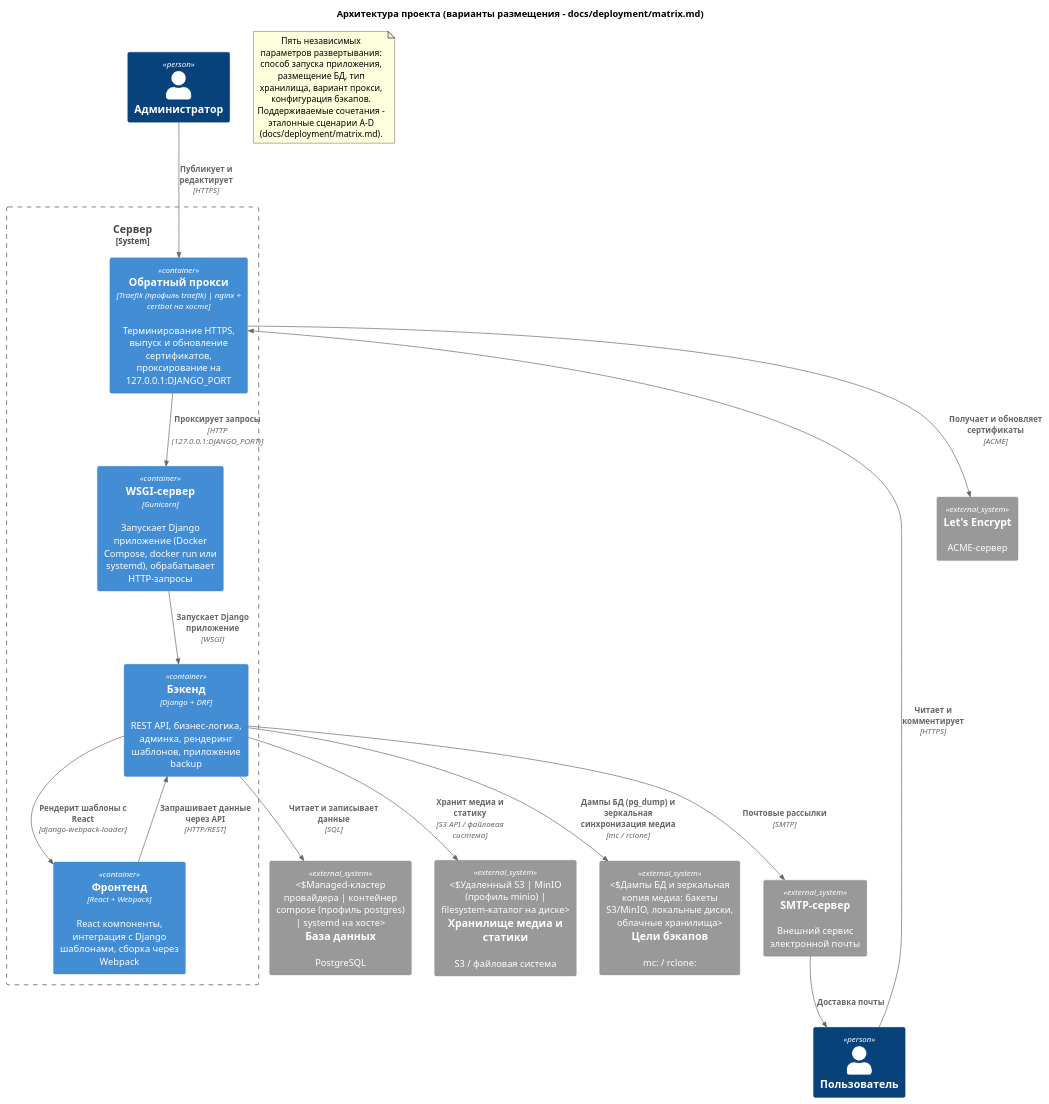
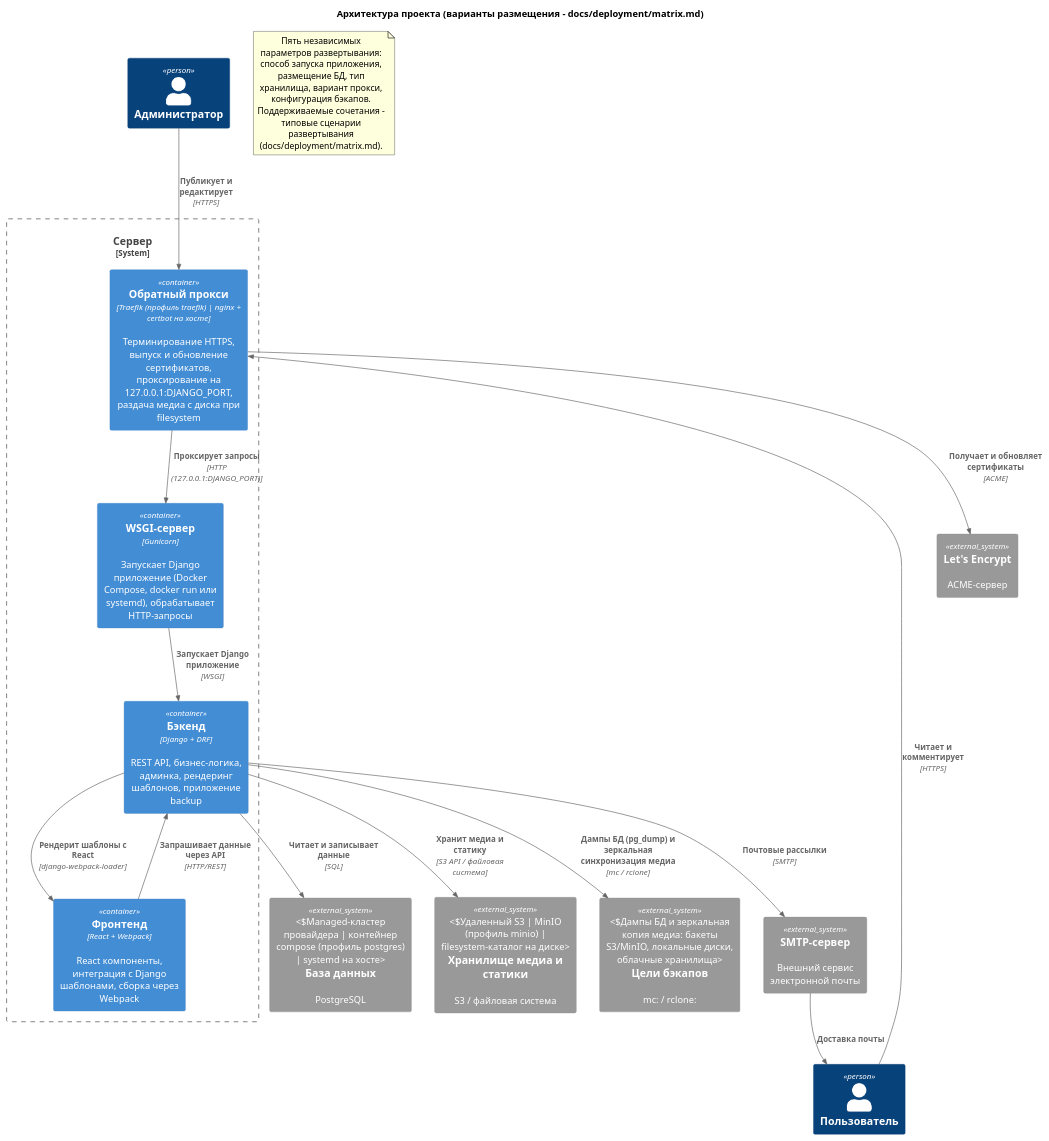
Before and after one commit to mikhpo/personal-website: the diagram in docs/diagrams/src/container.puml, drawn with PlantUML. The commit also changed 17 other files, not shown here.

Commit message:
fix: ревью стадии 7 - проза в docs/deployment, раздача медиа nginx, терминология, проверка в setup.sh

```diff
--- a/docs/diagrams/src/container.puml
+++ b/docs/diagrams/src/container.puml
@@ -1,43 +1,43 @@
 @startuml container
 
 !include <C4/C4_Container>
 
 title Архитектура проекта (варианты размещения - docs/deployment/matrix.md)
 
 Person(user, "Пользователь")
 Person(admin, "Администратор")
 
 System_Boundary(server, "Сервер") {
-    Container(proxy, "Обратный прокси", "Traefik (профиль traefik) | nginx + certbot на хосте", "Терминирование HTTPS, выпуск и обновление сертификатов, проксирование на 127.0.0.1:DJANGO_PORT")
+    Container(proxy, "Обратный прокси", "Traefik (профиль traefik) | nginx + certbot на хосте", "Терминирование HTTPS, выпуск и обновление сертификатов, проксирование на 127.0.0.1:DJANGO_PORT, раздача медиа с диска при filesystem")
     Container(gunicorn, "WSGI-сервер", "Gunicorn", "Запускает Django приложение (Docker Compose, docker run или systemd), обрабатывает HTTP-запросы")
     Container(backend, "Бэкенд", "Django + DRF", "REST API, бизнес-логика, админка, рендеринг шаблонов, приложение backup")
     Container(frontend, "Фронтенд", "React + Webpack", "React компоненты, интеграция с Django шаблонами, сборка через Webpack")
 }
 
 System_Ext(db, "База данных", "PostgreSQL", "Managed-кластер провайдера | контейнер compose (профиль postgres) | systemd на хосте")
 System_Ext(s3, "Хранилище медиа и статики", "S3 / файловая система", "Удаленный S3 | MinIO (профиль minio) | filesystem-каталог на диске")
 System_Ext(backup_targets, "Цели бэкапов", "mc: / rclone:", "Дампы БД и зеркальная копия медиа: бакеты S3/MinIO, локальные диски, облачные хранилища")
 System_Ext(smtp, "SMTP-сервер", "Внешний сервис электронной почты")
 System_Ext(le, "Let's Encrypt", "ACME-сервер")
 
 Rel(user, proxy, "Читает и комментирует", "HTTPS")
 Rel(admin, proxy, "Публикует и редактирует", "HTTPS")
 Rel(proxy, gunicorn, "Проксирует запросы", "HTTP (127.0.0.1:DJANGO_PORT)")
 Rel(gunicorn, backend, "Запускает Django приложение", "WSGI")
 Rel(backend, frontend, "Рендерит шаблоны с React", "django-webpack-loader")
 Rel(frontend, backend, "Запрашивает данные через API", "HTTP/REST")
 Rel(backend, db, "Читает и записывает данные", "SQL")
 Rel(backend, s3, "Хранит медиа и статику", "S3 API / файловая система")
 Rel(backend, smtp, "Почтовые рассылки", "SMTP")
 Rel(smtp, user, "Доставка почты")
 Rel(backend, backup_targets, "Дампы БД (pg_dump) и зеркальная синхронизация медиа", "mc / rclone")
 Rel(proxy, le, "Получает и обновляет сертификаты", "ACME")
 
 note as VariantsNote
   Пять независимых параметров развертывания: способ запуска приложения,
   размещение БД, тип хранилища, вариант прокси, конфигурация бэкапов.
-  Поддерживаемые сочетания - эталонные сценарии A-D
+  Поддерживаемые сочетания - типовые сценарии развертывания
   (docs/deployment/matrix.md).
 end note
 
 @enduml
```
